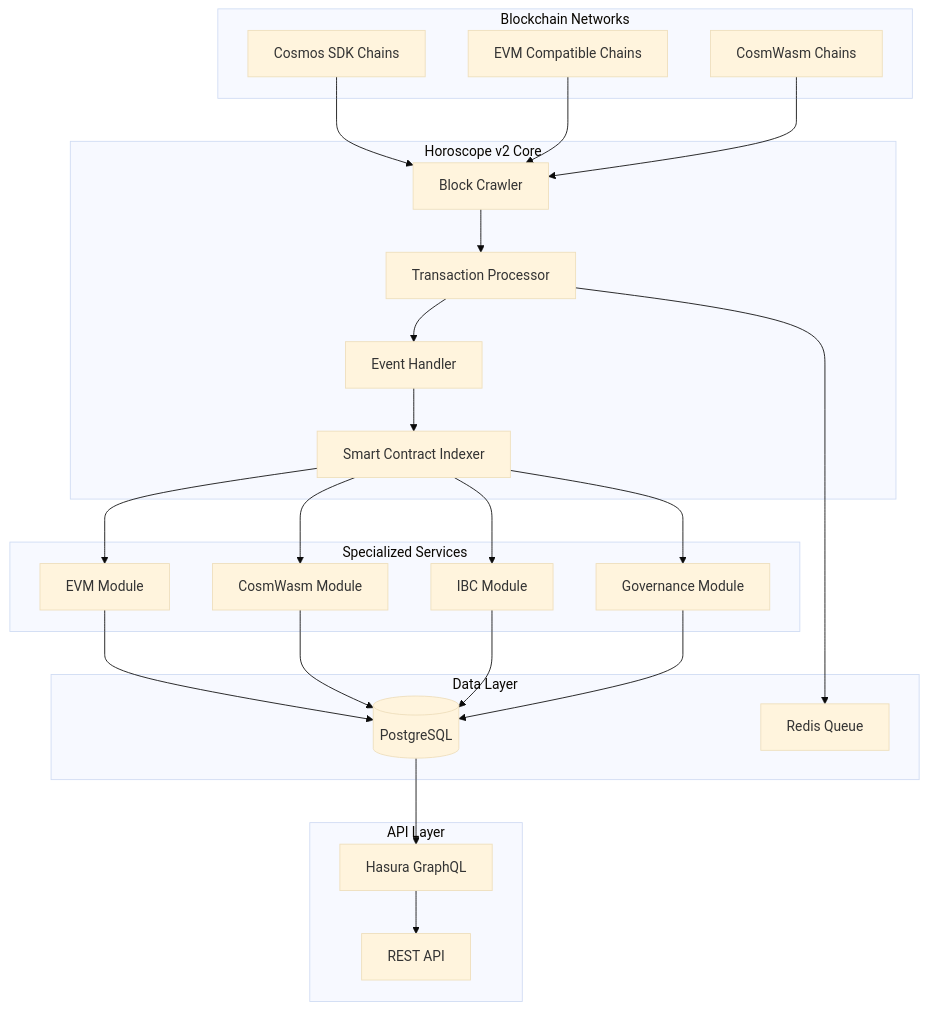
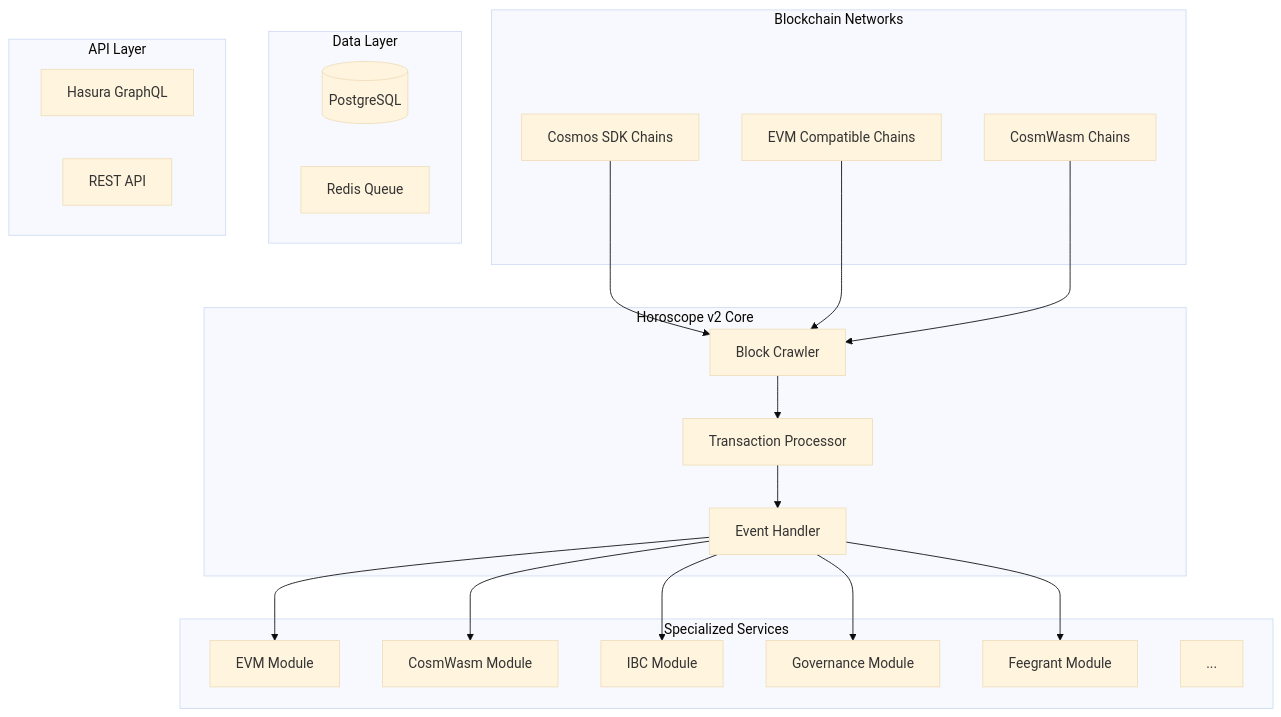
One commit to phamphong9981/indexer-cosmos-modules changed the diagram in README.md. Above: the diagram before and after it, drawn with Mermaid (base theme).

````diff
--- a/README.md
+++ b/README.md
@@ -16,54 +16,46 @@
 ```mermaid
 graph TB
     subgraph "Blockchain Networks"
         A[Cosmos SDK Chains]
         B[EVM Compatible Chains]
         C[CosmWasm Chains]
     end
     
     subgraph "Horoscope v2 Core"
         D[Block Crawler]
         E[Transaction Processor]
         F[Event Handler]
-        G[Smart Contract Indexer]
     end
     
     subgraph "Specialized Services"
         H[EVM Module]
         I[CosmWasm Module]
         J[IBC Module]
         K[Governance Module]
+        G[Feegrant Module]
+        ...
     end
     
     subgraph "Data Layer"
         L[(PostgreSQL)]
         M[Redis Queue]
     end
     
     subgraph "API Layer"
         N[Hasura GraphQL]
         O[REST API]
     end
     
     A --> D
     B --> D
     C --> D
     
     D --> E
     E --> F
     F --> G
     
-    G --> H
-    G --> I
-    G --> J
-    G --> K
-    
-    H --> L
-    I --> L
-    J --> L
-    K --> L
-    
-    E --> M
-    L --> N
-    N --> O
+    F --> H
+    F --> I
+    F --> J
+    F --> K
 ```
````
